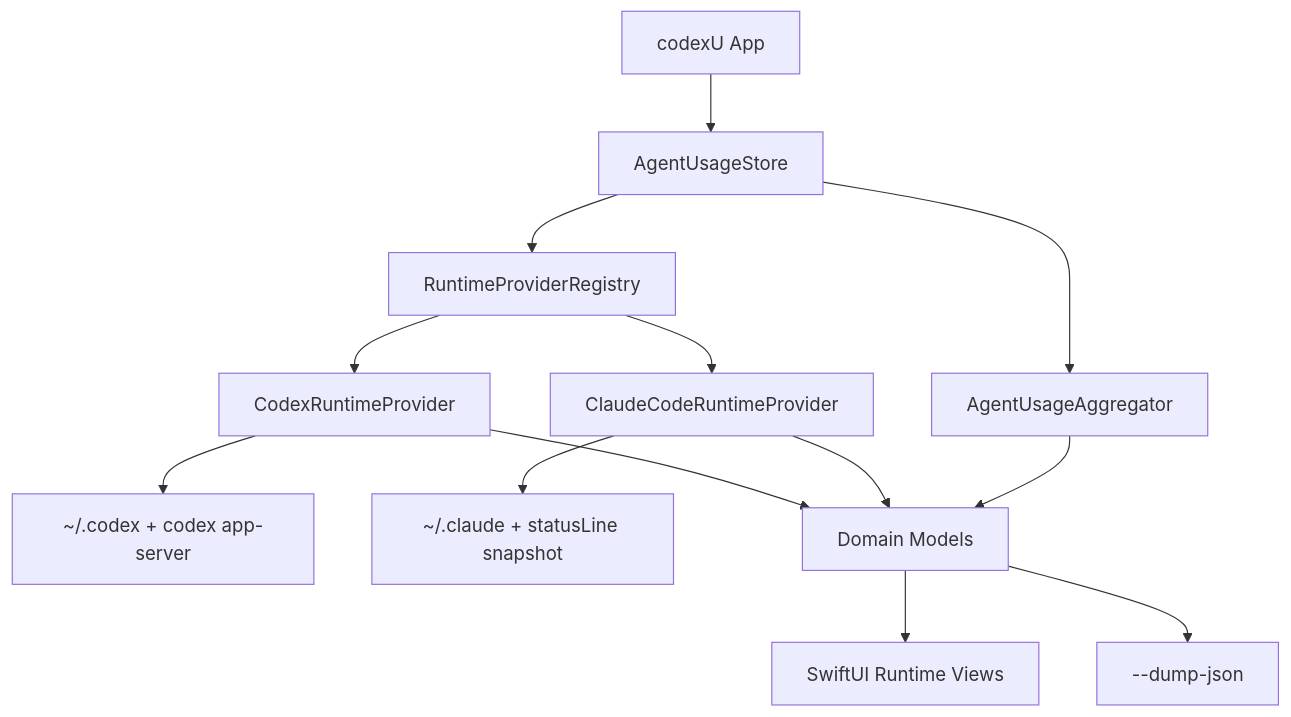
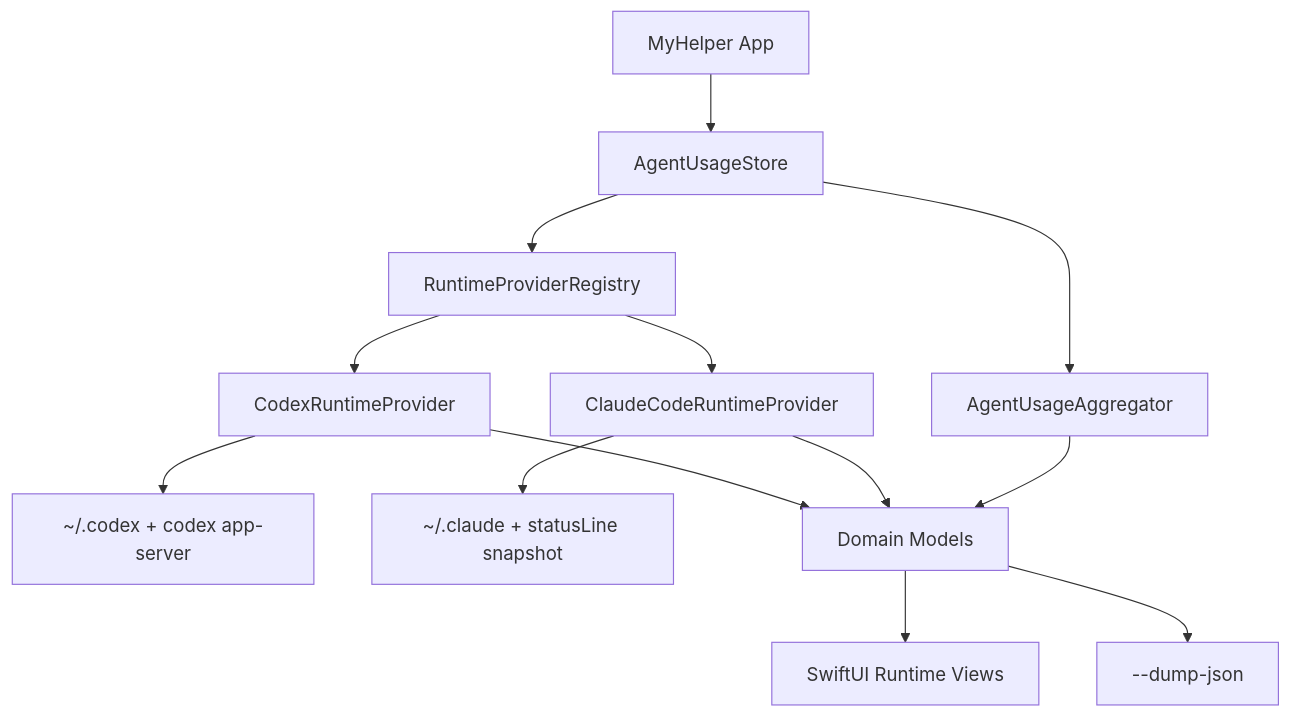
The first of 5 diagrams in requirements/Feature-001-claude-code-runtime-support/design/TECH_DESIGN.md (xjk2000/MyHelper), drawn with Mermaid before and after one commit. The commit also changed other lines of this file and 16 other files, not shown here.

````diff
--- a/requirements/Feature-001-claude-code-runtime-support/design/TECH_DESIGN.md
+++ b/requirements/Feature-001-claude-code-runtime-support/design/TECH_DESIGN.md
@@ -56,27 +56,27 @@
 ```mermaid
 flowchart TD
-    App["codexU App"]
+    App["MyHelper App"]
     Store["AgentUsageStore"]
     Registry["RuntimeProviderRegistry"]
     Aggregator["AgentUsageAggregator"]
     CodexProvider["CodexRuntimeProvider"]
     ClaudeProvider["ClaudeCodeRuntimeProvider"]
     CodexSources["~/.codex + codex app-server"]
     ClaudeSources["~/.claude + statusLine snapshot"]
     Domain["Domain Models"]
     UI["SwiftUI Runtime Views"]
     Dump["--dump-json"]
 
     App --> Store
     Store --> Registry
     Registry --> CodexProvider
     Registry --> ClaudeProvider
     CodexProvider --> CodexSources
     ClaudeProvider --> ClaudeSources
     CodexProvider --> Domain
     ClaudeProvider --> Domain
     Store --> Aggregator
     Aggregator --> Domain
     Domain --> UI
     Domain --> Dump
 ```
````
